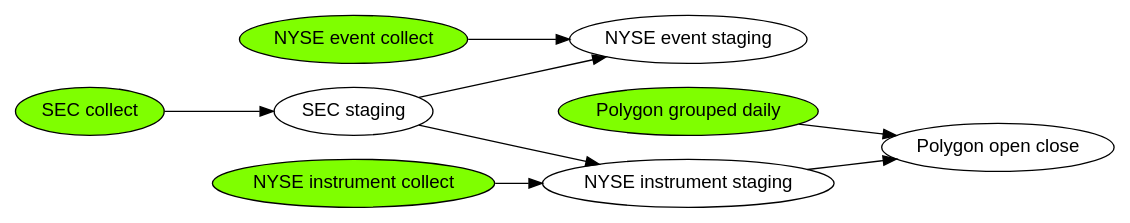
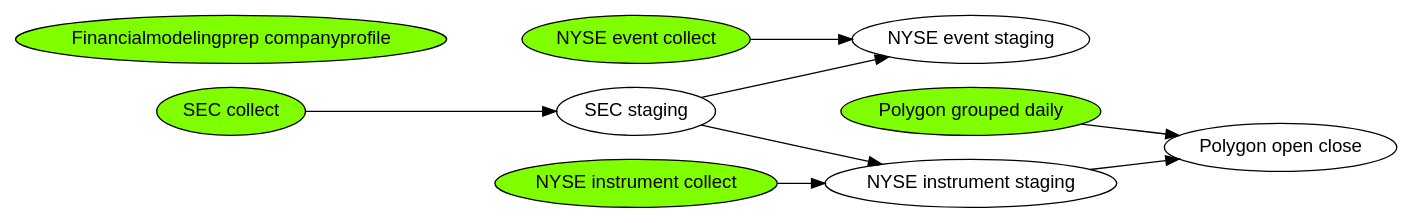
Before and after one commit to dtrosien/data-collector: the diagram in documentation/dependencies.dot, drawn with Graphviz. The commit also changed 10 other files, not shown here.

First line of the commit message:
Add financialmodelingprep company profile (#55)

```diff
--- a/documentation/dependencies.dot
+++ b/documentation/dependencies.dot
@@ -1,23 +1,24 @@
 digraph regexp { 
  fontname="Helvetica,Arial,sans-serif"
  node [fontname="Helvetica,Arial,sans-serif"]
  rankdir="LR";
  NyseEventsCollect      [label="NYSE event collect", style=filled, fillcolor=chartreuse];
  n1                     [label="NYSE event staging"];
  NyseInstrumentsCollect [label="NYSE instrument collect", style=filled, fillcolor=chartreuse];
  NyseInstrumentsStage   [label="NYSE instrument staging"];
  SecCompaniesCollect    [label="SEC collect", style=filled, fillcolor=chartreuse];
  SecCompaniesStage      [label="SEC staging"];
  PolygonGroupedDaily    [label="Polygon grouped daily", style=filled, fillcolor=chartreuse];
  PolygonOpenClose       [label="Polygon open close"];
+ FinmodCompanyProfile   [label="Financialmodelingprep companyprofile" style=filled, fillcolor=chartreuse];
 
  NyseEventsCollect -> n1
  NyseInstrumentsCollect -> NyseInstrumentsStage
  SecCompaniesCollect -> SecCompaniesStage
  SecCompaniesStage -> NyseInstrumentsStage
  SecCompaniesStage -> n1
  PolygonGroupedDaily -> PolygonOpenClose
  NyseInstrumentsStage -> PolygonOpenClose
  }
 //sudo apt install graphviz
 //dot -Tsvg dependencies.dot > output.svg
```
